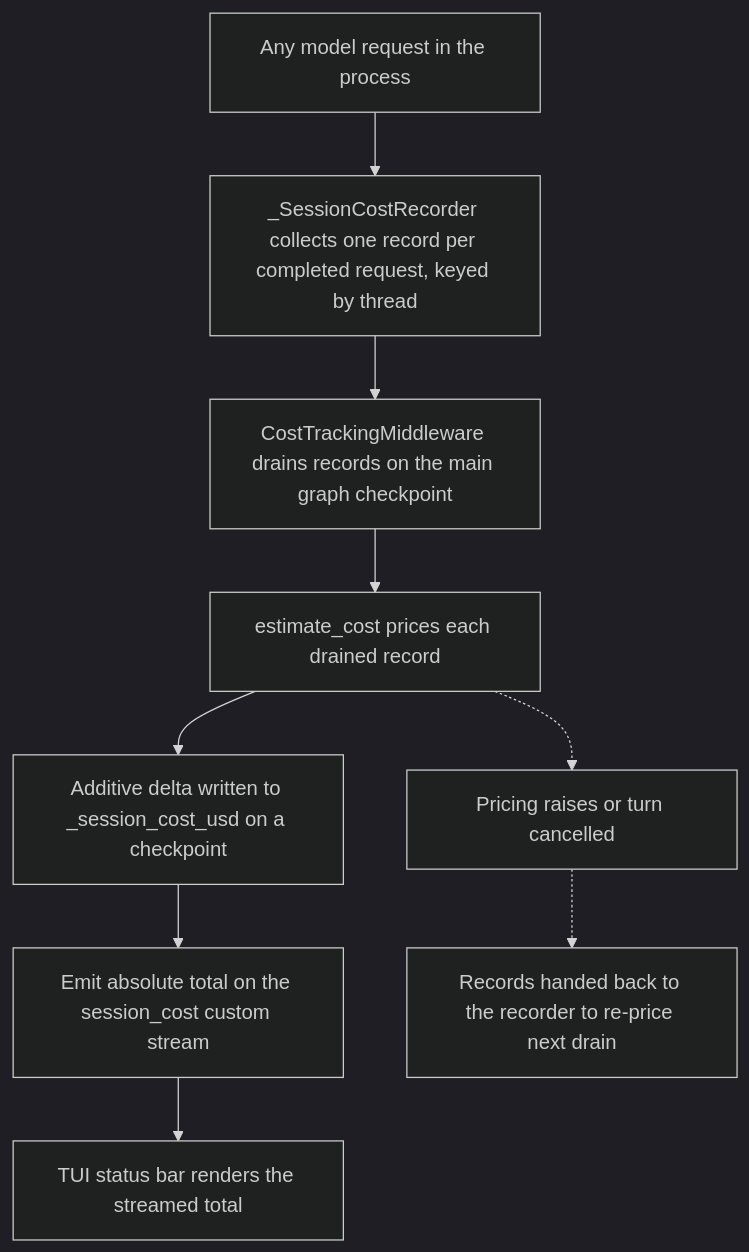
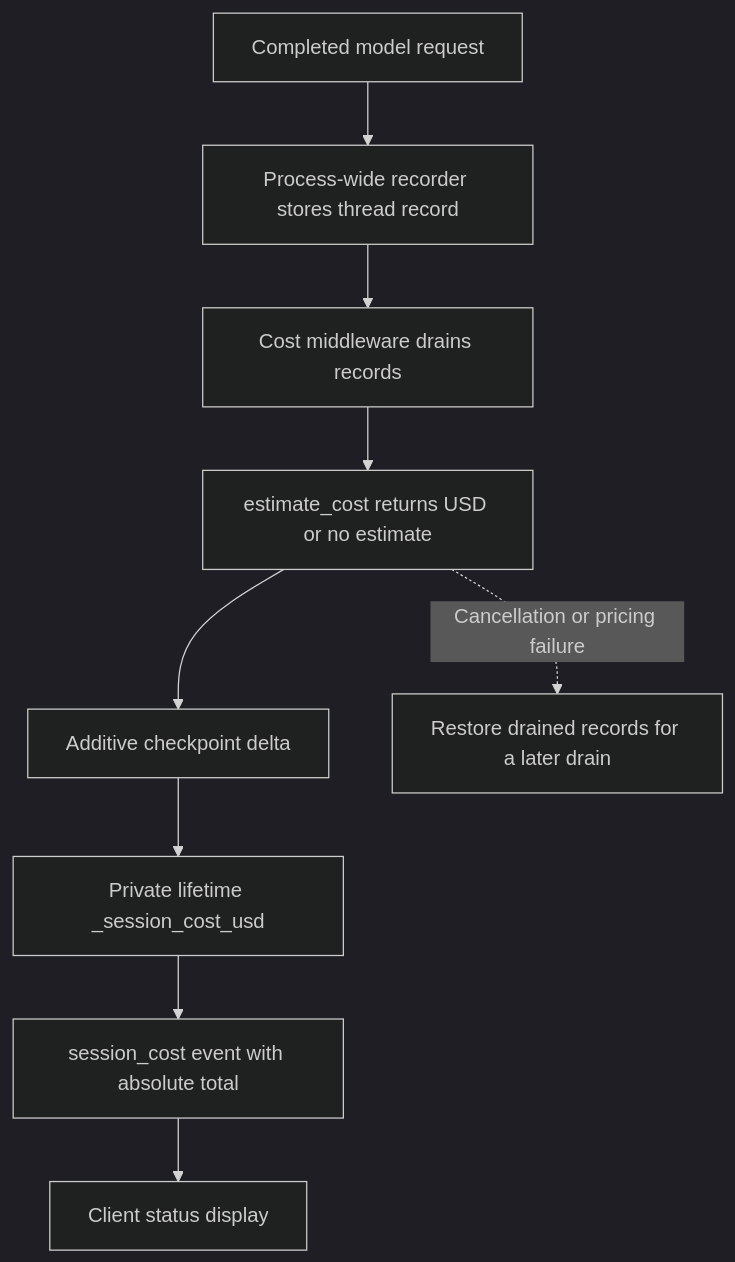
One commit to langchain-ai/deepagents changed the first of 2 diagrams in openwiki/operations/cost-and-sessions.md. Above: the diagram before and after it, drawn with Mermaid (dark theme). The commit also changed other lines of this file and 31 other files, not shown here.

````diff
--- a/openwiki/operations/cost-and-sessions.md
+++ b/openwiki/operations/cost-and-sessions.md
@@ -99,11 +54,11 @@
 ```mermaid
 flowchart TD
-    Req["Any model request in the process"] --> Rec["_SessionCostRecorder collects one record per completed request, keyed by thread"]
-    Rec --> Drain["CostTrackingMiddleware drains records on the main graph checkpoint"]
-    Drain --> Price["estimate_cost prices each drained record"]
-    Price --> Delta["Additive delta written to _session_cost_usd on a checkpoint"]
-    Delta --> Emit["Emit absolute total on the session_cost custom stream"]
-    Emit --> Client["TUI status bar renders the streamed total"]
-    Fail["Pricing raises or turn cancelled"] -.-> Restore["Records handed back to the recorder to re-price next drain"]
-    Price -.-> Fail
+    request["Completed model request"] --> recorder["Process-wide recorder stores thread record"]
+    recorder --> drain["Cost middleware drains records"]
+    drain --> pricing["estimate_cost returns USD or no estimate"]
+    pricing --> delta["Additive checkpoint delta"]
+    delta --> total["Private lifetime _session_cost_usd"]
+    total --> event["session_cost event with absolute total"]
+    event --> display["Client status display"]
+    pricing -. "Cancellation or pricing failure" .-> restore["Restore drained records for a later drain"]
 ```
````
